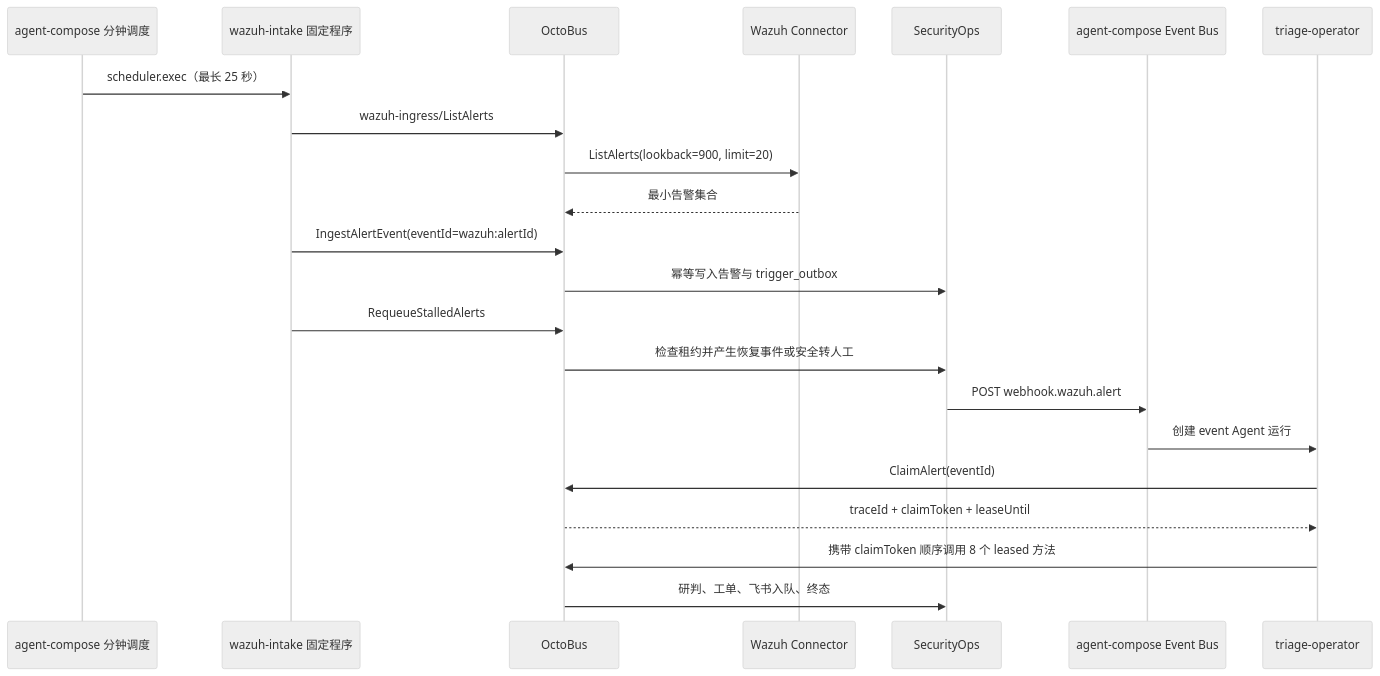
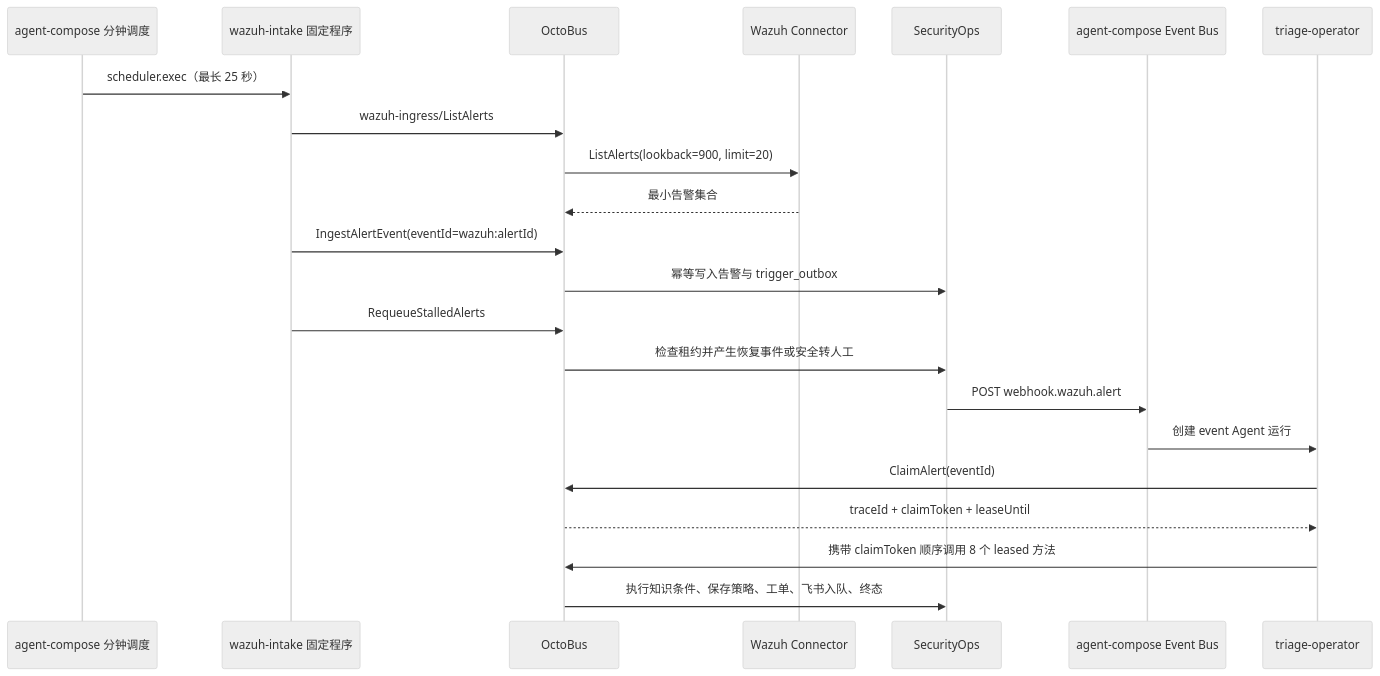
One commit to ch7pairsq/chaitin-triage-agent changed the third of 4 diagrams in README.md. Above: the diagram before and after it, drawn with Mermaid (neutral theme). The commit also changed other lines of this file and 230 other files, not shown here.

````diff
--- a/README.md
+++ b/README.md
@@ -133,25 +135,25 @@
 ```mermaid
 sequenceDiagram
   participant Cron as agent-compose 分钟调度
   participant Intake as wazuh-intake 固定程序
   participant Bus as OctoBus
   participant Wazuh as Wazuh Connector
   participant Ops as SecurityOps
   participant Event as agent-compose Event Bus
   participant Agent as triage-operator
 
   Cron->>Intake: scheduler.exec（最长 25 秒）
   Intake->>Bus: wazuh-ingress/ListAlerts
   Bus->>Wazuh: ListAlerts(lookback=900, limit=20)
   Wazuh-->>Bus: 最小告警集合
   Intake->>Bus: IngestAlertEvent(eventId=wazuh:alertId)
   Bus->>Ops: 幂等写入告警与 trigger_outbox
   Intake->>Bus: RequeueStalledAlerts
   Bus->>Ops: 检查租约并产生恢复事件或安全转人工
   Ops->>Event: POST webhook.wazuh.alert
   Event->>Agent: 创建 event Agent 运行
   Agent->>Bus: ClaimAlert(eventId)
   Bus-->>Agent: traceId + claimToken + leaseUntil
   Agent->>Bus: 携带 claimToken 顺序调用 8 个 leased 方法
-  Bus->>Ops: 研判、工单、飞书入队、终态
+  Bus->>Ops: 执行知识条件、保存策略、工单、飞书入队、终态
 ```
````
